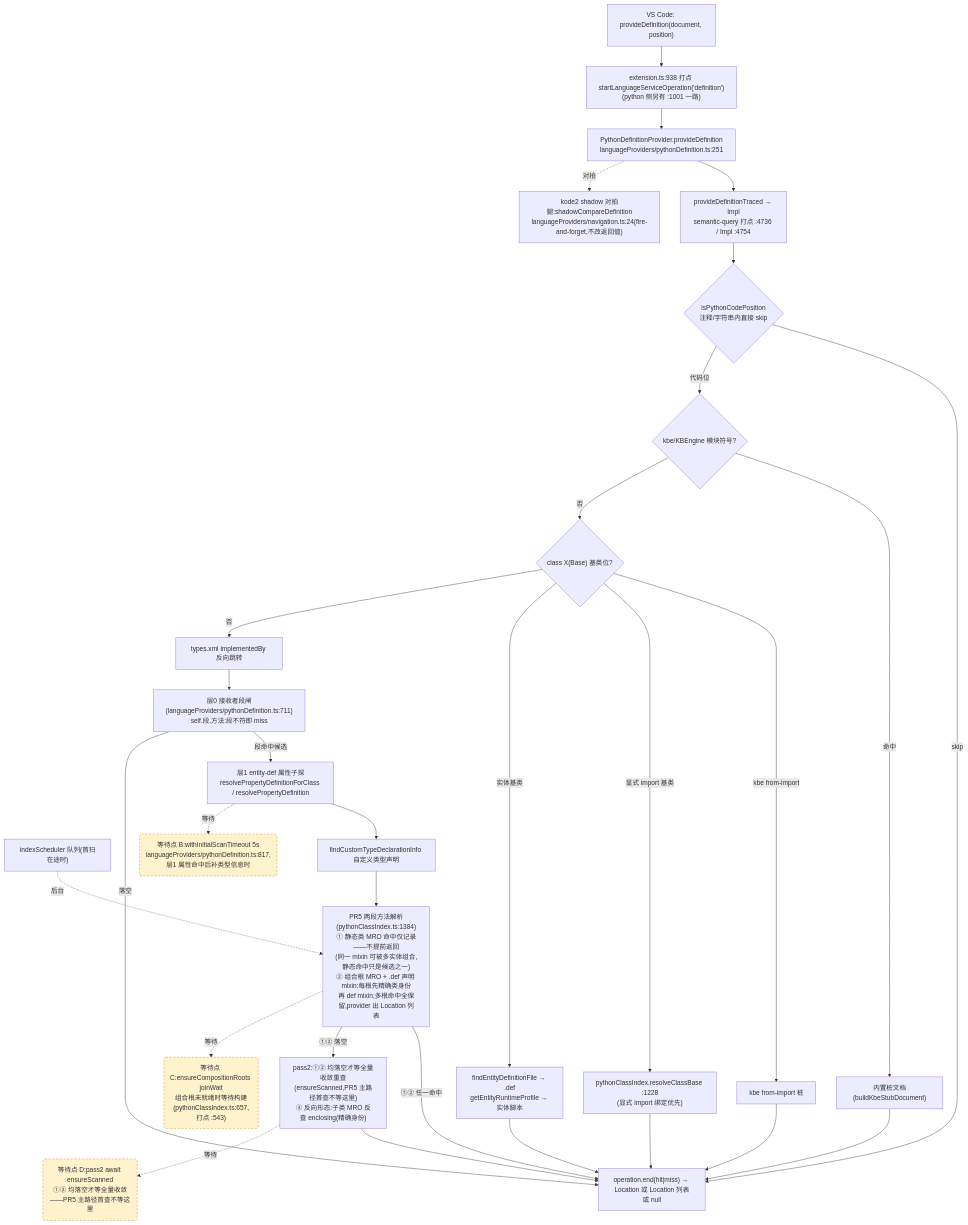
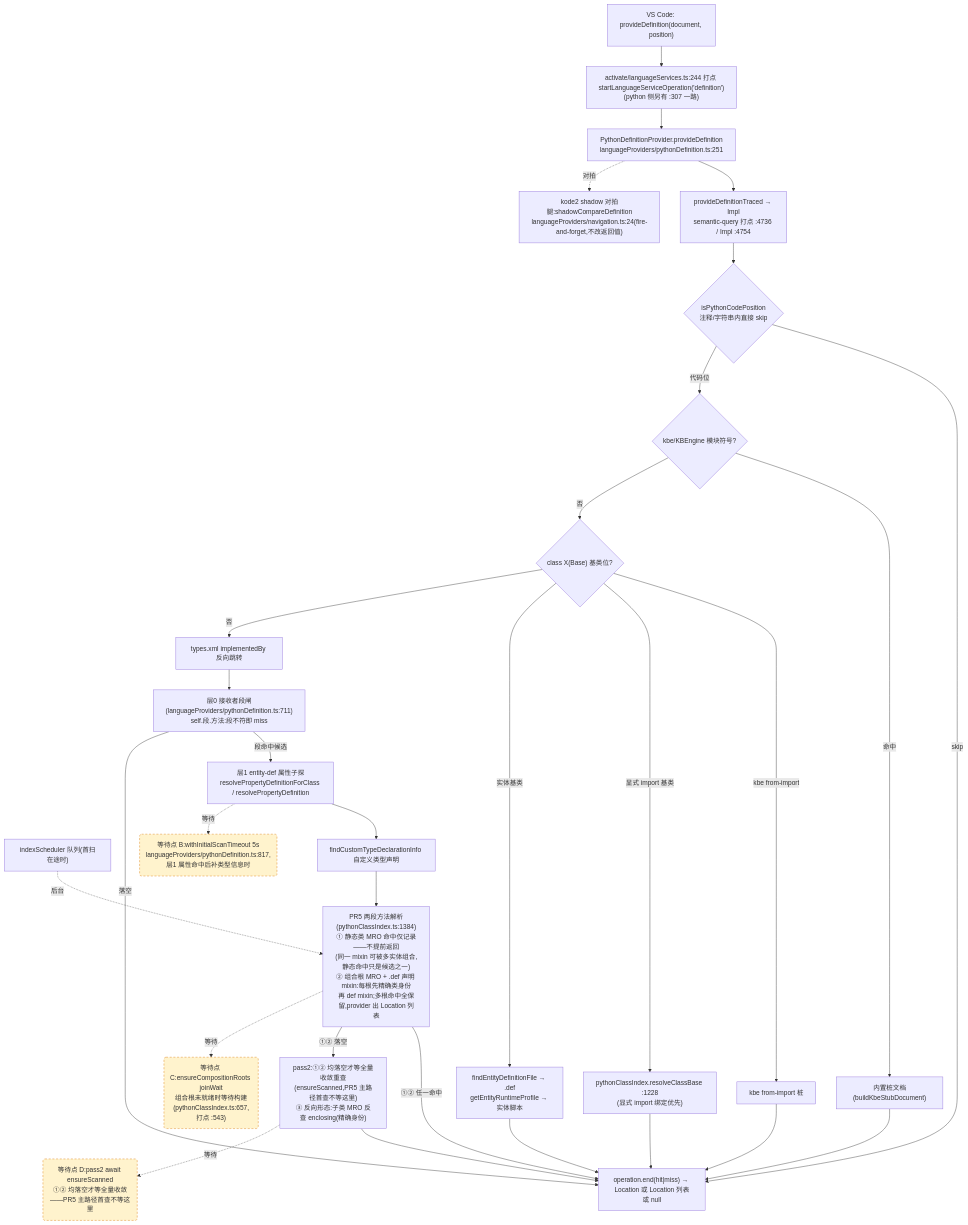
One commit to cuihairu/kode changed the second of 4 diagrams in docs/perf/2026-baseline.md. Above: the diagram before and after it, drawn with Mermaid. The commit also changed other lines of this file and 6 other files, not shown here.

````diff
--- a/docs/perf/2026-baseline.md
+++ b/docs/perf/2026-baseline.md
@@ -130,51 +130,51 @@
 ```mermaid
 flowchart TD
   VC2["VS Code: provideDefinition(document, position)"]
-  M2["extension.ts:938 打点 startLanguageServiceOperation('definition')<br/>(python 侧另有 :1001 一路)"]
+  M2["activate/languageServices.ts:244 打点 startLanguageServiceOperation('definition')<br/>(python 侧另有 :307 一路)"]
   AD2["PythonDefinitionProvider.provideDefinition<br/>languageProviders/pythonDefinition.ts:251"]
   TR["provideDefinitionTraced → Impl<br/>semantic-query 打点 :4736 / Impl :4754"]
   CTX{"isPythonCodePosition<br/>注释/字符串内直接 skip"}
   KBE{"kbe/KBEngine 模块符号?"}
   STUB["内置桩文档(buildKbeStubDocument)"]
   CB{"class X(Base) 基类位?"}
   CB1["kbe from-import 桩"]
   CB2["pythonClassIndex.resolveClassBase :1228<br/>(显式 import 绑定优先)"]
   CB3["findEntityDefinitionFile → .def<br/>getEntityRuntimeProfile → 实体脚本"]
   REV["types.xml implementedBy 反向跳转"]
   L0["层0 接收者段闸(languageProviders/pythonDefinition.ts:711)<br/>self.段.方法:段不符即 miss"]
   L1["层1 entity-def 属性子探<br/>resolvePropertyDefinitionForClass / resolvePropertyDefinition"]
   SCAN["indexScheduler 队列(首扫在途时)"]
   TY["findCustomTypeDeclarationInfo 自定义类型声明"]
   MRO["PR5 两段方法解析(pythonClassIndex.ts:1384)<br/>① 静态类 MRO 命中仅记录——不提前返回<br/>(同一 mixin 可被多实体组合,静态命中只是候选之一)<br/>② 组合根 MRO + .def 声明 mixin:每根先精确类身份<br/>再 def mixin;多根命中全保留,provider 出 Location 列表"]
   PASS2["pass2:①② 均落空才等全量收敛重查<br/>(ensureScanned,PR5 主路径首查不等这里)<br/>③ 反向形态:子类 MRO 反查 enclosing(精确身份)"]
   SHD["kode2 shadow 对拍腿:shadowCompareDefinition<br/>languageProviders/navigation.ts:24(fire-and-forget,不改返回值)"]
   END2["operation.end(hit|miss) → Location 或 Location 列表或 null"]
 
   VC2 --> M2 --> AD2 --> TR --> CTX
   CTX -- "skip" --> END2
   CTX -- "代码位" --> KBE
   KBE -- "命中" --> STUB --> END2
   KBE -- "否" --> CB
   CB -- "kbe from-import" --> CB1 --> END2
   CB -- "显式 import 基类" --> CB2 --> END2
   CB -- "实体基类" --> CB3 --> END2
   CB -- "否" --> REV --> L0
   L0 -- "段命中候选" --> L1
   L0 -- "落空" --> END2
   L1 --> TY
   TY --> MRO
   MRO -- "①② 任一命中" --> END2
   MRO -- "①② 落空" --> PASS2 --> END2
   AD2 -.->|对拍| SHD
 
   WAITB("等待点 B:withInitialScanTimeout 5s<br/>languageProviders/pythonDefinition.ts:817,层1 属性命中后补类型信息时")
   WAITC("等待点 C:ensureCompositionRoots joinWait<br/>组合根未就绪时等待构建(pythonClassIndex.ts:657,打点 :543)")
   WAITD("等待点 D:pass2 await ensureScanned<br/>①② 均落空才等全量收敛——PR5 主路径首查不等这里")
   L1 -.->|等待| WAITB
   MRO -.->|等待| WAITC
   PASS2 -.->|等待| WAITD
   SCAN -.->|后台| MRO
 
   classDef waitPoint fill:#fff3cd,stroke:#d97706,stroke-dasharray:5 4;
   class WAITB,WAITC,WAITD waitPoint;
 ```
````
